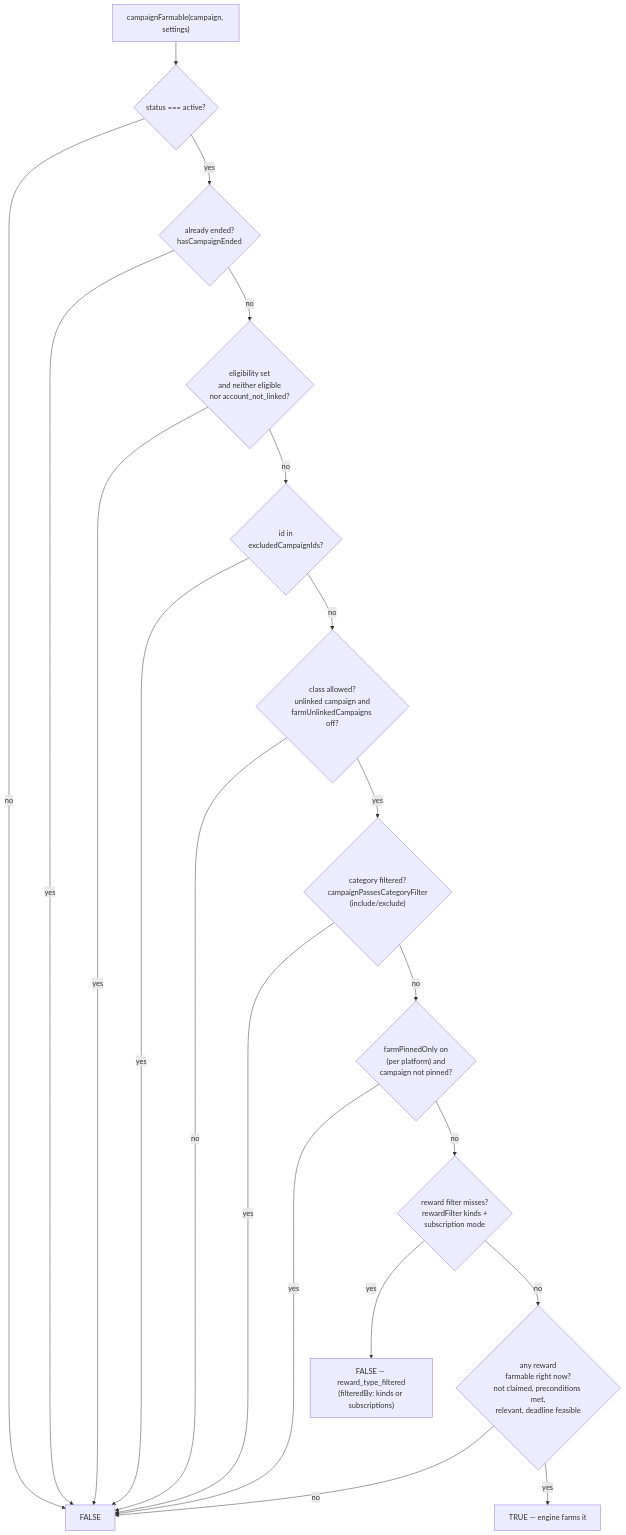
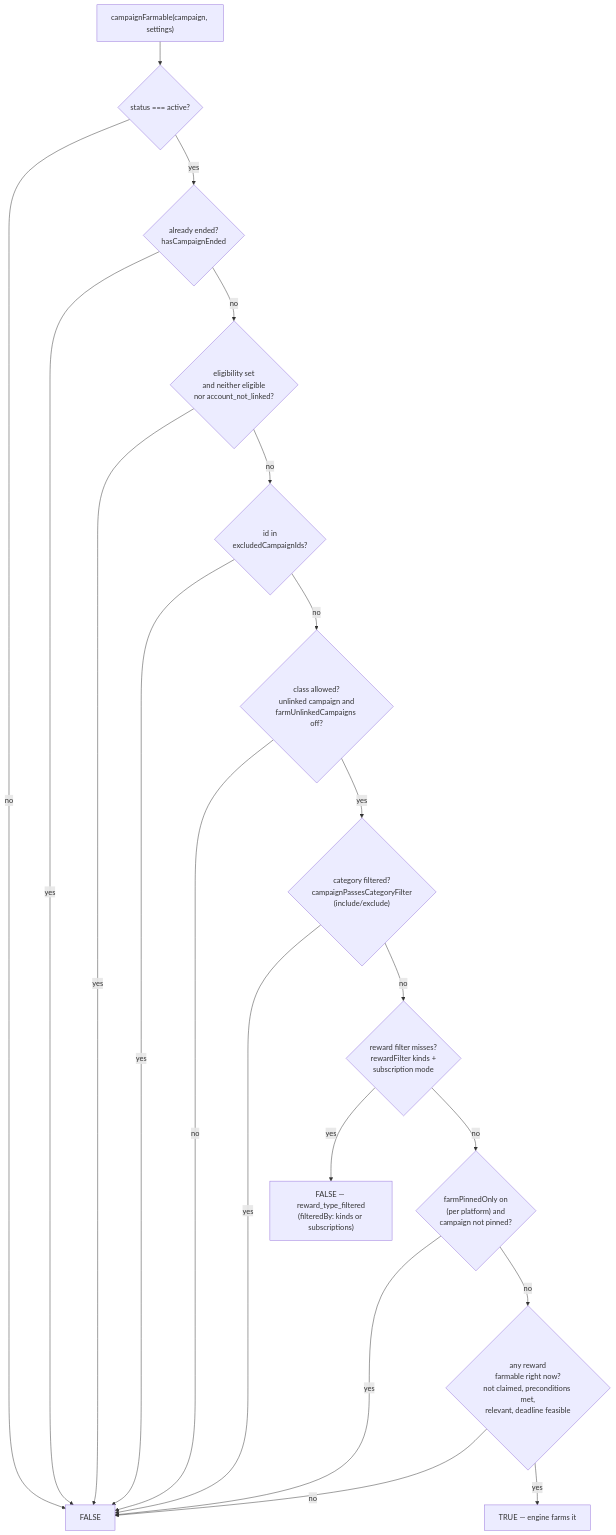
Before and after one commit to jamezrin/lurkloot: the first of 2 diagrams in docs/campaign-farmability-visibility.md, drawn with Mermaid. The commit also changed other lines of this file and 2 other files, not shown here.

Commit message:
fix(queue): judge the reward filter before farm pinned only
With farm pinned only on, every unpinned campaign stopped at not_pinned, so picking a reward type changed nothing in Skipped and the Pin fix pointed at campaigns the filter excludes. Pinned-only now narrows within what the filter keeps.

Refs #731

````diff
--- a/docs/campaign-farmability-visibility.md
+++ b/docs/campaign-farmability-visibility.md
@@ -19,22 +19,22 @@
 ```mermaid
 flowchart TD
     A["campaignFarmable(campaign, settings)"] --> B{"status === active?"}
     B -- no --> N1["FALSE"]
     B -- yes --> C{"already ended?<br/>hasCampaignEnded"}
     C -- yes --> N1
     C -- no --> D{"eligibility set<br/>and neither eligible<br/>nor account_not_linked?"}
     D -- yes --> N1
     D -- no --> E{"id in<br/>excludedCampaignIds?"}
     E -- yes --> N1
     E -- no --> F{"class allowed?<br/>unlinked campaign and<br/>farmUnlinkedCampaigns off?"}
     F -- no --> N1
     F -- yes --> G{"category filtered?<br/>campaignPassesCategoryFilter<br/>(include/exclude)"}
     G -- yes --> N1
-    G -- no --> P{"farmPinnedOnly on<br/>(per platform) and<br/>campaign not pinned?"}
+    G -- no --> R{"reward filter misses?<br/>rewardFilter kinds +<br/>subscription mode"}
+    R -- yes --> N2["FALSE — reward_type_filtered<br/>(filteredBy: kinds or subscriptions)"]
+    R -- no --> P{"farmPinnedOnly on<br/>(per platform) and<br/>campaign not pinned?"}
     P -- yes --> N1
-    P -- no --> R{"reward filter misses?<br/>rewardFilter kinds +<br/>subscription mode"}
-    R -- yes --> N2["FALSE — reward_type_filtered<br/>(filteredBy: kinds or subscriptions)"]
-    R -- no --> I{"any reward<br/>farmable right now?<br/>not claimed, preconditions met,<br/>relevant, deadline feasible"}
+    P -- no --> I{"any reward<br/>farmable right now?<br/>not claimed, preconditions met,<br/>relevant, deadline feasible"}
     I -- no --> N1
     I -- yes --> Y1["TRUE — engine farms it"]
 ```
````
